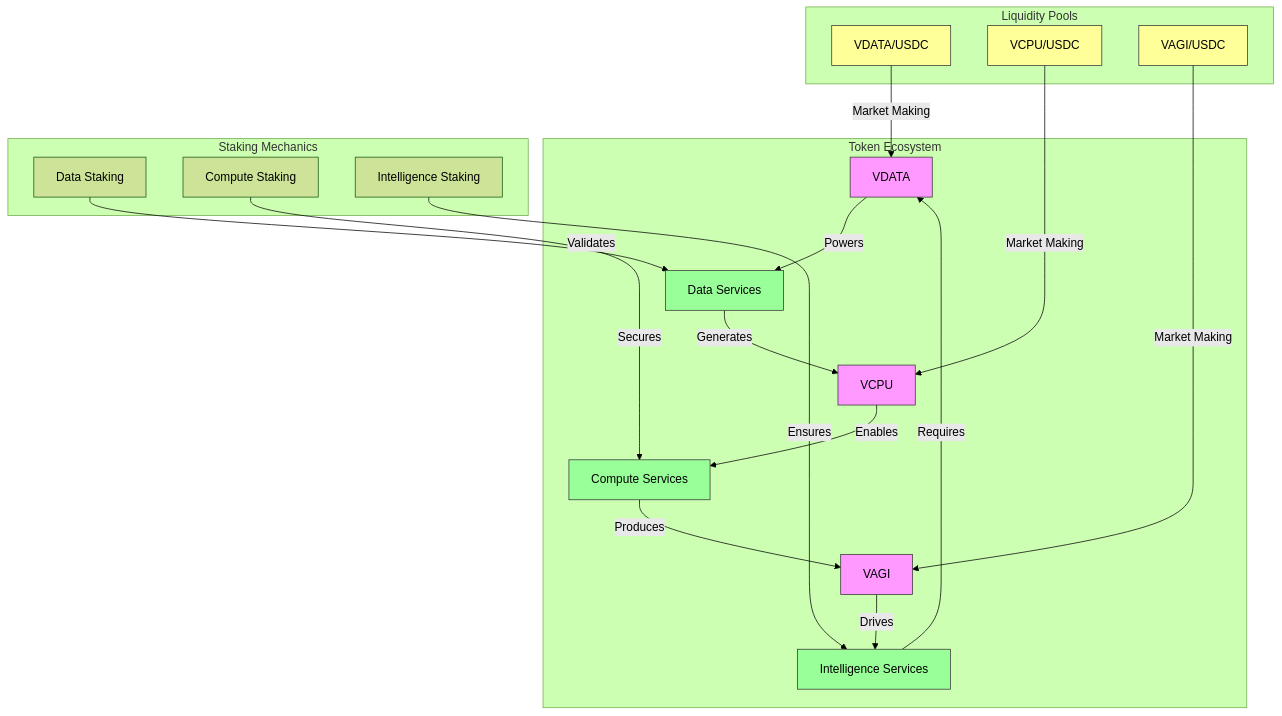
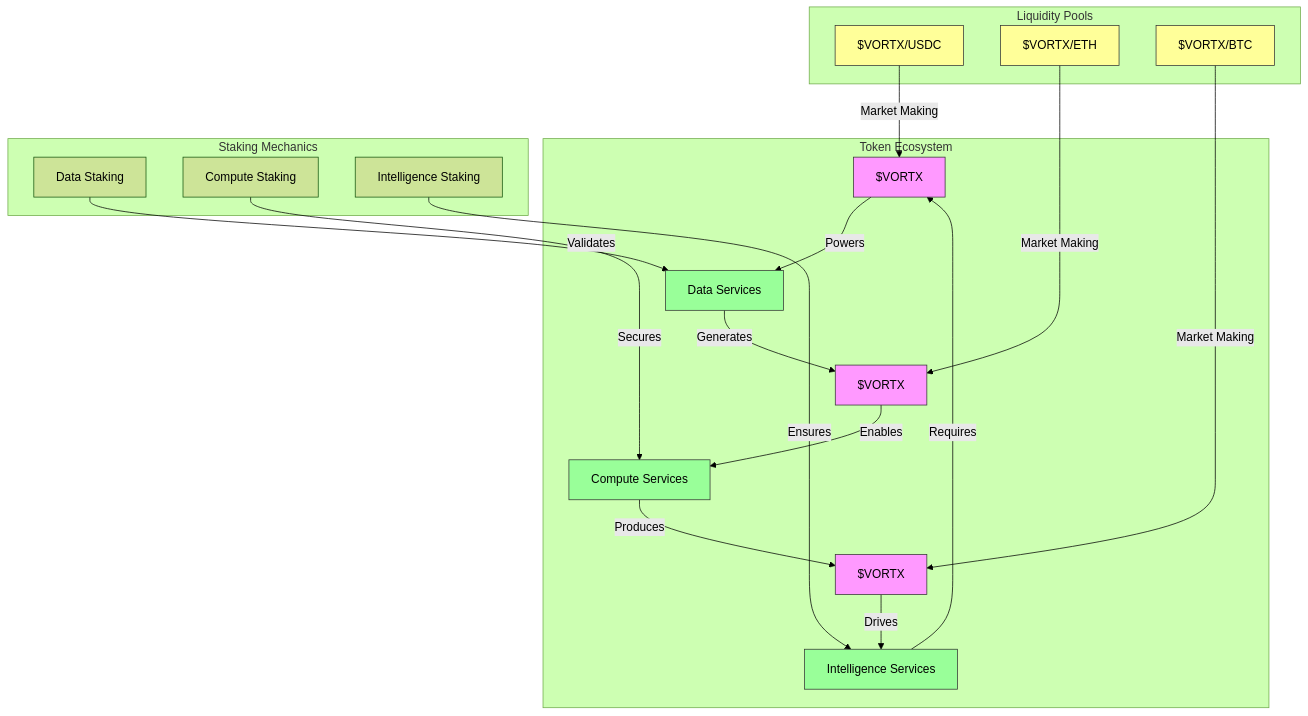
Before and after one commit to Vortx-AI/synthetic-satellite: the eighth of 36 diagrams in docs/whitepapers/README.md, drawn with Mermaid (forest theme). The commit also changed other lines of this file and 1 other file, not shown here.

````diff
--- a/docs/whitepapers/README.md
+++ b/docs/whitepapers/README.md
@@ -300,32 +300,32 @@
 ```mermaid
 graph TD
     subgraph Token Ecosystem
-        V1[VDATA] -->|Powers| D[Data Services]
-        V2[VCPU] -->|Enables| C[Compute Services]
-        V3[VAGI] -->|Drives| I[Intelligence Services]
+        V1[$VORTX] -->|Powers| D[Data Services]
+        V2[$VORTX] -->|Enables| C[Compute Services]
+        V3[$VORTX] -->|Drives| I[Intelligence Services]
         
         D -->|Generates| V2
         C -->|Produces| V3
         I -->|Requires| V1
     end
     
     subgraph Staking Mechanics
         S1[Data Staking] -->|Validates| D
         S2[Compute Staking] -->|Secures| C
         S3[Intelligence Staking] -->|Ensures| I
     end
     
     subgraph Liquidity Pools
-        L1[VDATA/USDC] -->|Market Making| V1
-        L2[VCPU/USDC] -->|Market Making| V2
-        L3[VAGI/USDC] -->|Market Making| V3
+        L1[$VORTX/USDC] -->|Market Making| V1
+        L2[$VORTX/ETH] -->|Market Making| V2
+        L3[$VORTX/BTC] -->|Market Making| V3
     end
     
     classDef token fill:#f9f,stroke:#333
     classDef service fill:#9f9,stroke:#333
     classDef pool fill:#ff9,stroke:#333
     
     class V1,V2,V3 token
     class D,C,I service
     class L1,L2,L3 pool
 ```
````
